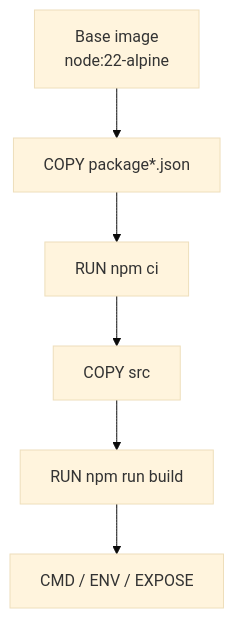
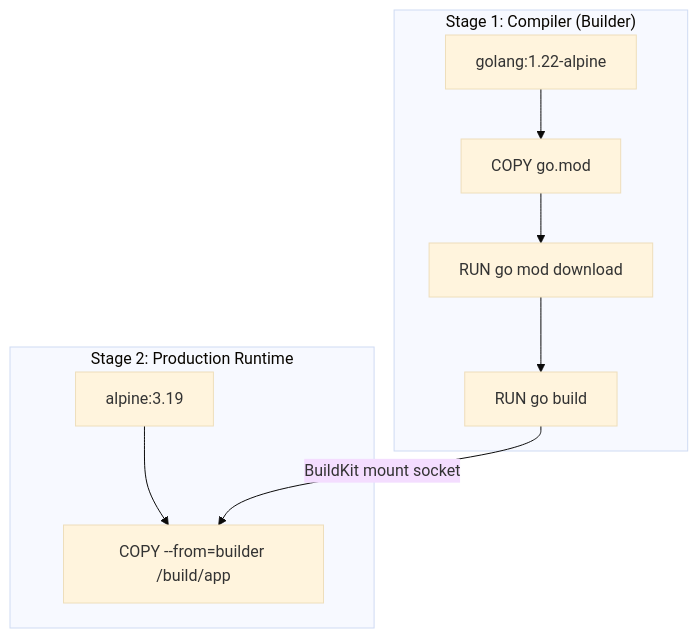
Before and after one commit to senlinyy/dev-roadmaps: the second of 2 diagrams in containers-orchestration/docker/images/image-layers-and-cache.md, drawn with Mermaid (base theme). The commit also changed other lines of this file and 101 other files, not shown here.

````diff
--- a/containers-orchestration/docker/images/image-layers-and-cache.md
+++ b/containers-orchestration/docker/images/image-layers-and-cache.md
@@ -38,11 +171,17 @@
 ```mermaid
 flowchart TD
-    Base["Base image<br/>node:22-alpine"]
-    Manifests["COPY package*.json"]
-    Deps["RUN npm ci"]
-    Source["COPY src"]
-    Build["RUN npm run build"]
-    Defaults["CMD / ENV / EXPOSE"]
+    subgraph BuilderStage["Stage 1: Compiler (Builder)"]
+        BaseGo["golang:1.22-alpine"]
+        GoMod["COPY go.mod"]
+        GoDownload["RUN go mod download"]
+        GoBuild["RUN go build"]
+    end
+    subgraph RuntimeStage["Stage 2: Production Runtime"]
+        BaseAlpine["alpine:3.19"]
+        CopyBin["COPY --from=builder /build/app"]
+    end
 
-    Base --> Manifests --> Deps --> Source --> Build --> Defaults
+    BaseGo --> GoMod --> GoDownload --> GoBuild
+    BaseAlpine --> CopyBin
+    GoBuild -->|BuildKit mount socket| CopyBin
 ```
````
